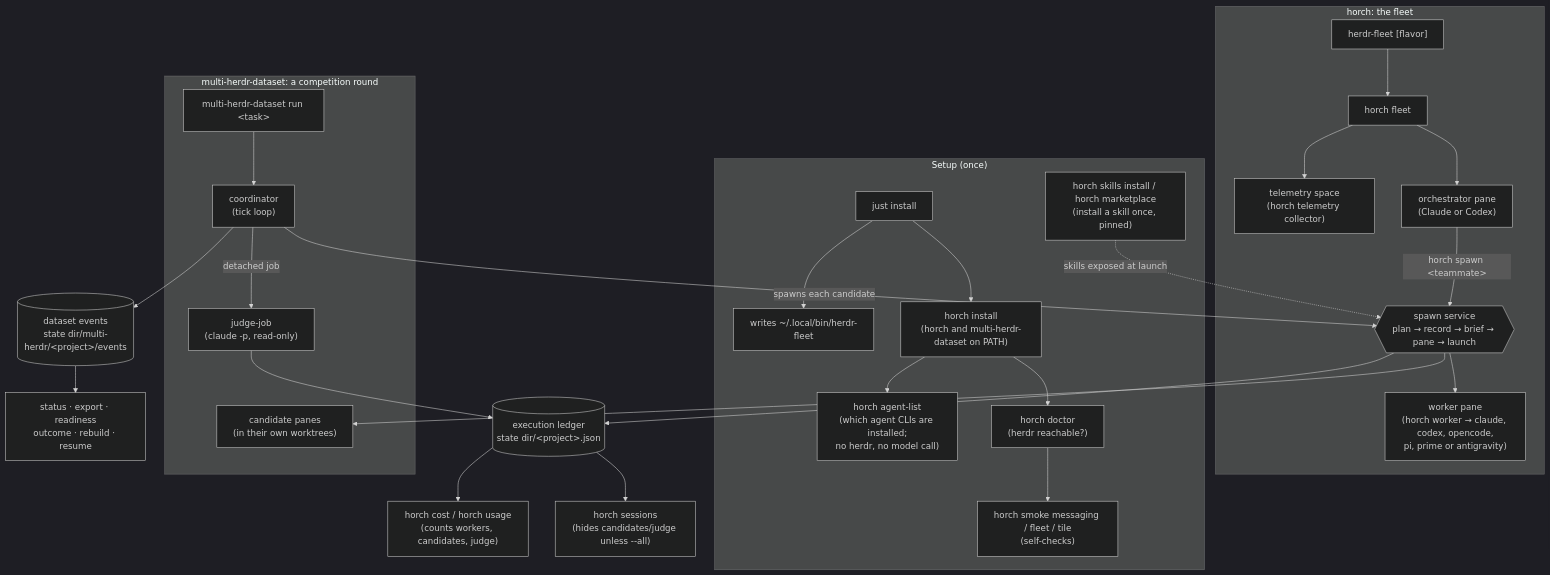
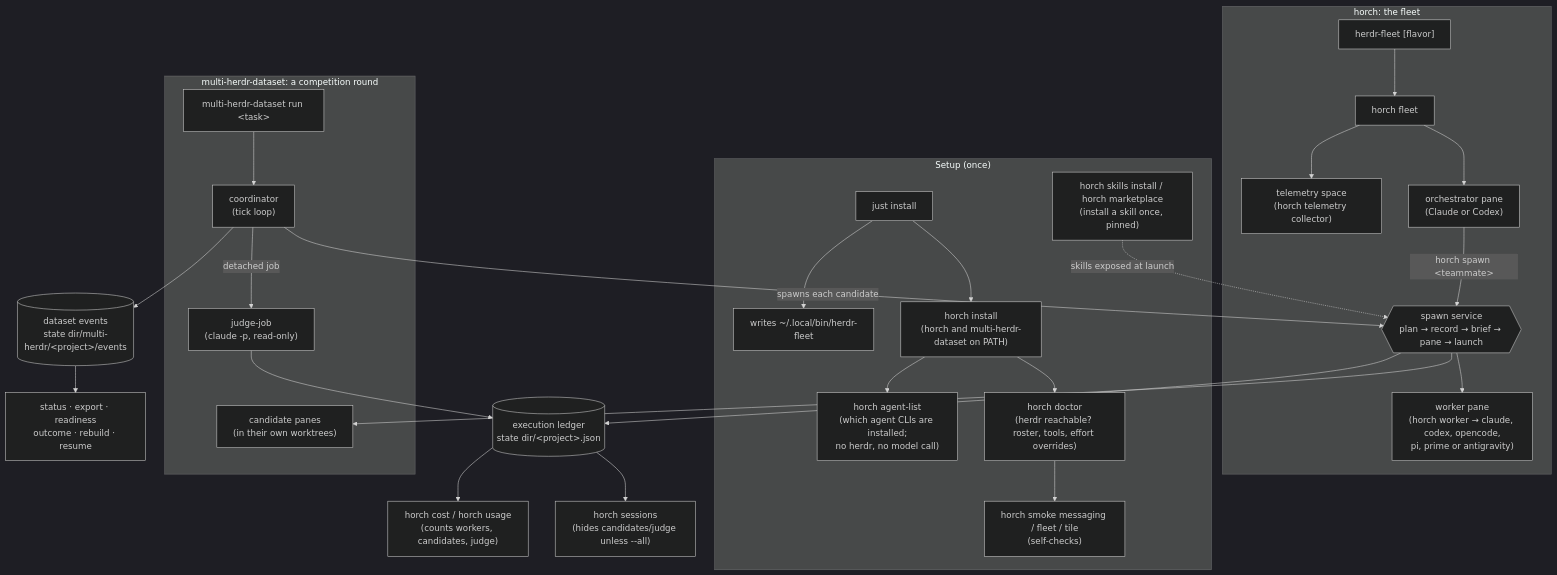
The first of 5 diagrams in docs/command-flow.md (MattMakes/multi-herdr), drawn with Mermaid (dark theme) before and after one commit. The commit also changed 7 other files, not shown here.

````diff
--- a/docs/command-flow.md
+++ b/docs/command-flow.md
@@ -14,36 +14,36 @@
 ```mermaid
 flowchart TB
     subgraph setup["Setup (once)"]
         I["just install"] --> HI["horch install<br/>(horch and multi-herdr-dataset on PATH)"]
         I --> HF["writes ~/.local/bin/herdr-fleet"]
-        HI --> DOC["horch doctor<br/>(herdr reachable?)"]
+        HI --> DOC["horch doctor<br/>(herdr reachable? roster, tools, effort overrides)"]
         DOC --> SM["horch smoke messaging / fleet / tile<br/>(self-checks)"]
         HI --> AL["horch agent-list<br/>(which agent CLIs are installed;<br/>no herdr, no model call)"]
         MK["horch skills install / horch marketplace<br/>(install a skill once, pinned)"]
     end
 
     subgraph fleet["horch: the fleet"]
         HF2["herdr-fleet [flavor]"] --> FL["horch fleet"]
         FL --> ORCH["orchestrator pane<br/>(Claude or Codex)"]
         FL --> TEL["telemetry space<br/>(horch telemetry collector)"]
         ORCH -->|"horch spawn &lt;teammate&gt;"| SVC
         SVC --> WK["worker pane<br/>(horch worker → claude, codex, opencode,<br/>pi, prime or antigravity)"]
     end
 
     subgraph dataset["multi-herdr-dataset: a competition round"]
         RUN["multi-herdr-dataset run &lt;task&gt;"] --> COORD["coordinator<br/>(tick loop)"]
         COORD -->|"spawns each candidate"| SVC
         SVC --> CAND["candidate panes<br/>(in their own worktrees)"]
         COORD -->|"detached job"| JUDGE["judge-job<br/>(claude -p, read-only)"]
     end
 
     SVC{{"spawn service<br/>plan → record → brief → pane → launch"}}
     SVC --> LEDGER[("execution ledger<br/>state dir/&lt;project&gt;.json")]
     JUDGE --> LEDGER
     COORD --> EVENTS[("dataset events<br/>state dir/multi-herdr/&lt;project&gt;/events")]
     MK -.->|"skills exposed at launch"| SVC
 
     LEDGER --> SESS["horch sessions<br/>(hides candidates/judge unless --all)"]
     LEDGER --> COST["horch cost / horch usage<br/>(counts workers, candidates, judge)"]
     EVENTS --> DATA["status · export · readiness<br/>outcome · rebuild · resume"]
 ```
````
